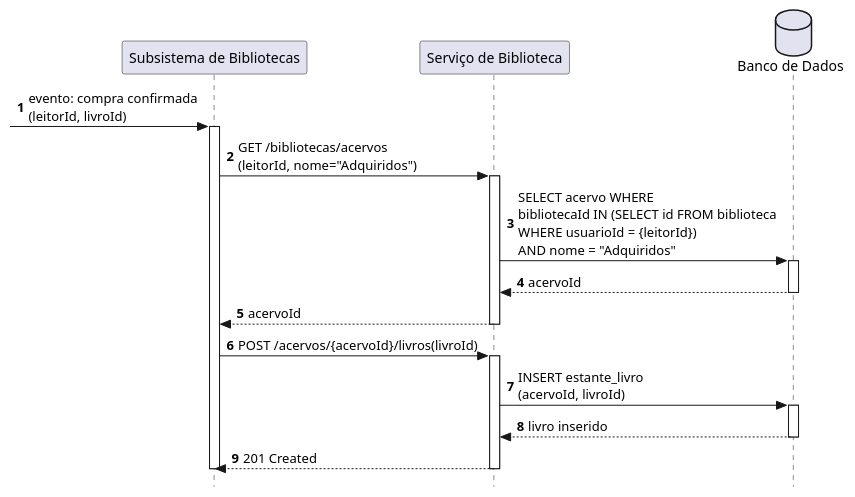
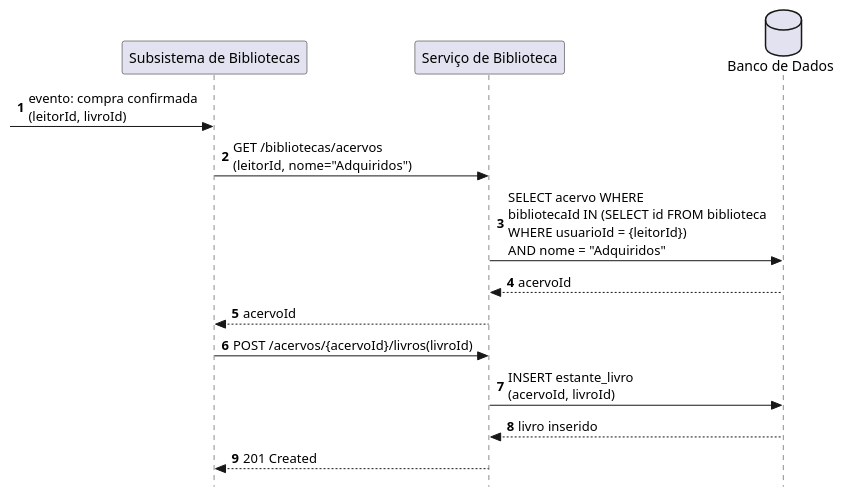
One commit to jalv21/iLib changed the diagram in docs/codigo-plantuml/diagramas-comunicacao/organizacao/dc-inserir_estante_adquiridos.puml. Above: the diagram before and after it, drawn with PlantUML.

Commit message:
docs/criando diagrama de comunicação para inserir estante adquiridos

```diff
--- a/docs/codigo-plantuml/diagramas-comunicacao/organizacao/dc-inserir_estante_adquiridos.puml
+++ b/docs/codigo-plantuml/diagramas-comunicacao/organizacao/dc-inserir_estante_adquiridos.puml
@@ -1,32 +1,21 @@
-@startuml ds-inserir_estante_adquiridos
+@startuml dc-inserir_estante_adquiridos
 autonumber
 skinparam style strictuml
 
 participant Sistema           as "Subsistema de Bibliotecas"
 participant ServiceBiblioteca as "Serviço de Biblioteca"
 database    BD                as "Banco de Dados"
 
 [-> Sistema : evento: compra confirmada\n(leitorId, livroId)
-activate Sistema
 
 Sistema -> ServiceBiblioteca : GET /bibliotecas/acervos\n(leitorId, nome="Adquiridos")
-activate ServiceBiblioteca
 ServiceBiblioteca -> BD : SELECT acervo WHERE\nbibliotecaId IN (SELECT id FROM biblioteca\nWHERE usuarioId = {leitorId})\nAND nome = "Adquiridos"
-activate BD
 BD --> ServiceBiblioteca : acervoId
-deactivate BD
 ServiceBiblioteca --> Sistema : acervoId
-deactivate ServiceBiblioteca
 
 Sistema -> ServiceBiblioteca : POST /acervos/{acervoId}/livros(livroId)
-activate ServiceBiblioteca
 ServiceBiblioteca -> BD : INSERT estante_livro\n(acervoId, livroId)
-activate BD
 BD --> ServiceBiblioteca : livro inserido
-deactivate BD
 ServiceBiblioteca --> Sistema : 201 Created
-deactivate ServiceBiblioteca
-
-deactivate Sistema
 
 @enduml
```
